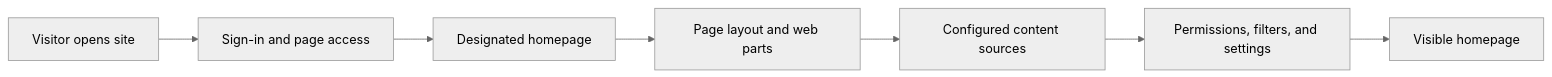
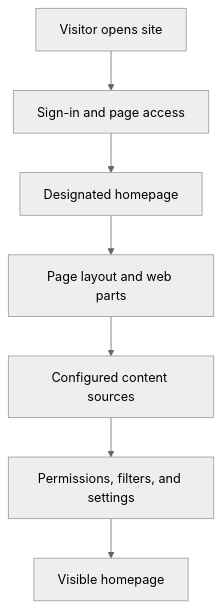
Before and after one commit to DwayneSelsig/M365wizard: the first of 6 diagrams in docs/services/sharepoint/sharepoint-homepage-experience.md, drawn with Mermaid (neutral theme). The commit also changed other lines of this file and 5 other files, not shown here.

````diff
--- a/docs/services/sharepoint/sharepoint-homepage-experience.md
+++ b/docs/services/sharepoint/sharepoint-homepage-experience.md
@@ -18,9 +18,9 @@
 ```mermaid
-flowchart LR
+flowchart TD
     Visitor[Visitor opens site] --> Access[Sign-in and page access]
     Access --> Home[Designated homepage]
     Home --> Layout[Page layout and web parts]
     Layout --> Sources[Configured content sources]
     Sources --> Rules[Permissions, filters, and settings]
     Rules --> Experience[Visible homepage]
 ```
````
